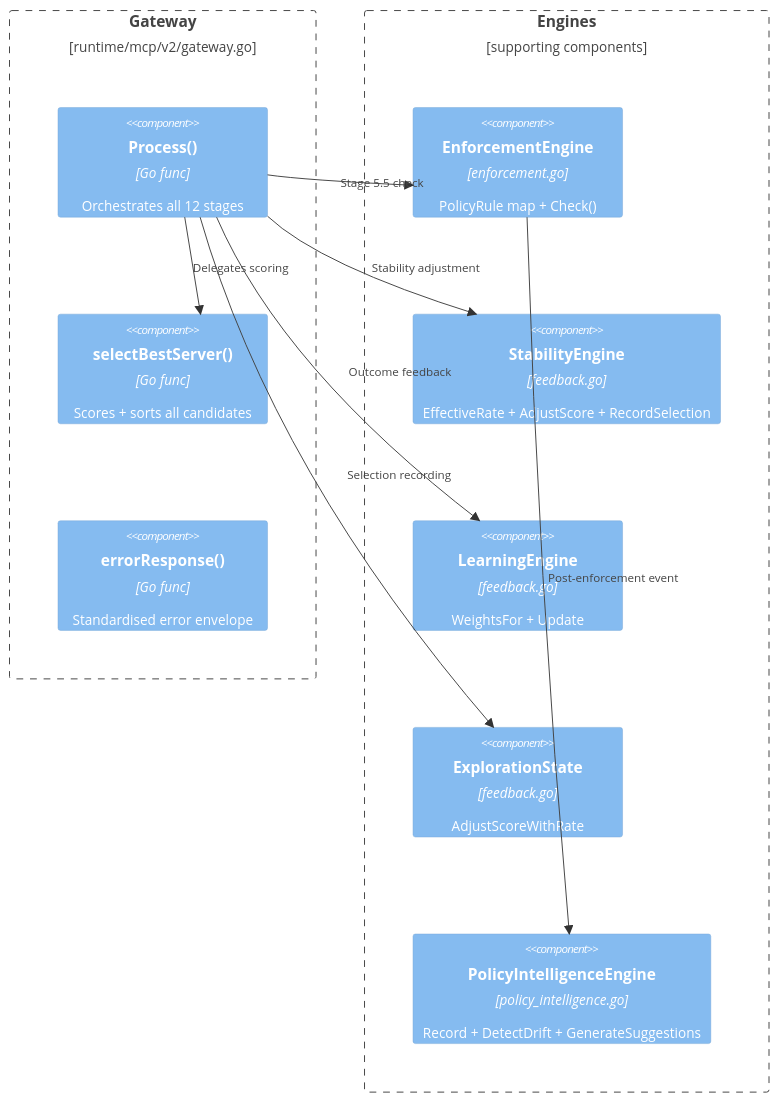
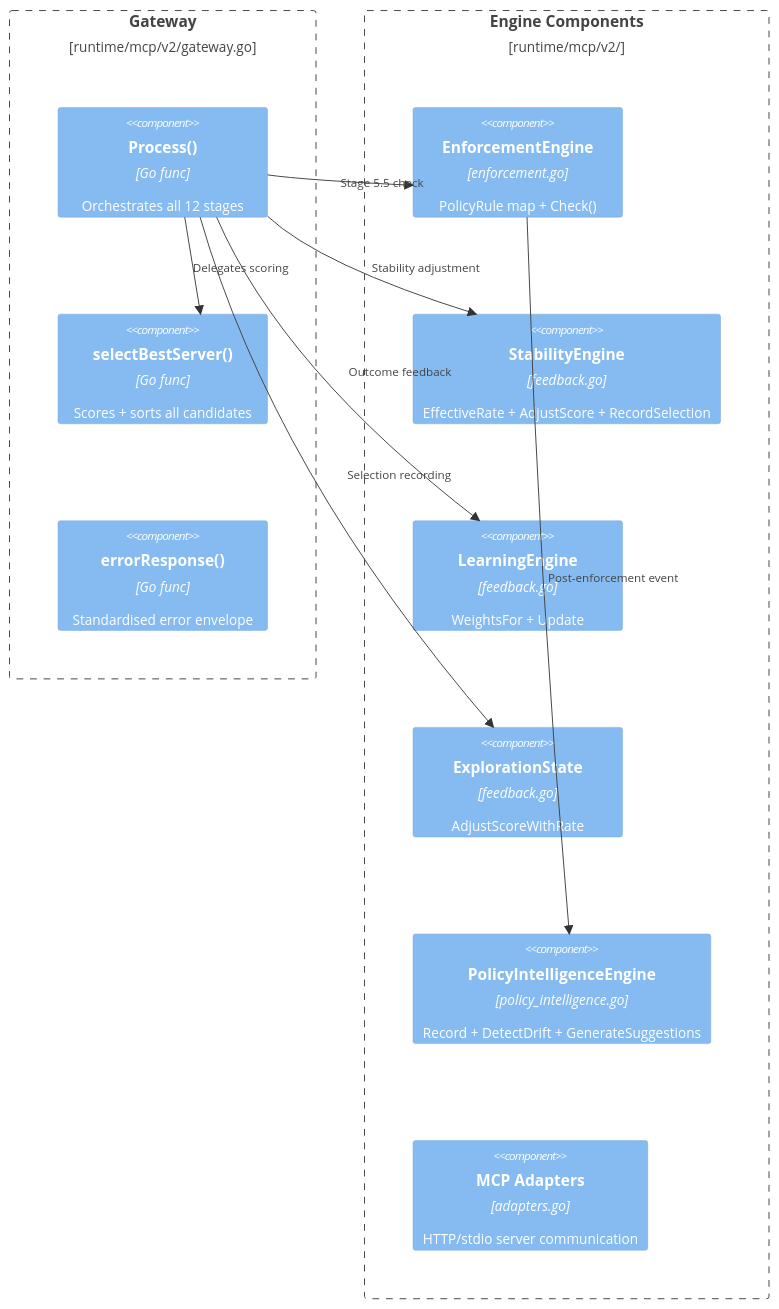
Before and after one commit to AlHarisTech/ai-workstation-core: the third of 4 diagrams in architecture-pack/ARCHITECTURE.md, drawn with Mermaid. The commit also changed other lines of this file and 1 other file, not shown here.

First line of the commit message:
upgrade architecture-pack: formal C4 specification with boundaries, data contracts, component decomposition

````diff
--- a/architecture-pack/ARCHITECTURE.md
+++ b/architecture-pack/ARCHITECTURE.md
@@ -60,23 +110,24 @@
 ```mermaid
 C4Component
   Boundary(gw, "Gateway", "runtime/mcp/v2/gateway.go") {
     Component(process, "Process()", "Go func", "Orchestrates all 12 stages")
     Component(selectBest, "selectBestServer()", "Go func", "Scores + sorts all candidates")
     Component(errorResp, "errorResponse()", "Go func", "Standardised error envelope")
   }
 
-  Boundary(engines, "Engines", "supporting components") {
+  Boundary(engines, "Engine Components", "runtime/mcp/v2/") {
     Component(ee, "EnforcementEngine", "enforcement.go", "PolicyRule map + Check()")
     Component(se, "StabilityEngine", "feedback.go", "EffectiveRate + AdjustScore + RecordSelection")
     Component(le, "LearningEngine", "feedback.go", "WeightsFor + Update")
     Component(es, "ExplorationState", "feedback.go", "AdjustScoreWithRate")
     Component(pie, "PolicyIntelligenceEngine", "policy_intelligence.go", "Record + DetectDrift + GenerateSuggestions")
+    Component(adapter, "MCP Adapters", "adapters.go", "HTTP/stdio server communication")
   }
 
   Rel(process, selectBest, "Delegates scoring")
   Rel(process, ee, "Stage 5.5 check")
   Rel(process, se, "Stability adjustment")
   Rel(process, le, "Outcome feedback")
   Rel(process, es, "Selection recording")
   Rel(ee, pie, "Post-enforcement event")
 ```
````
